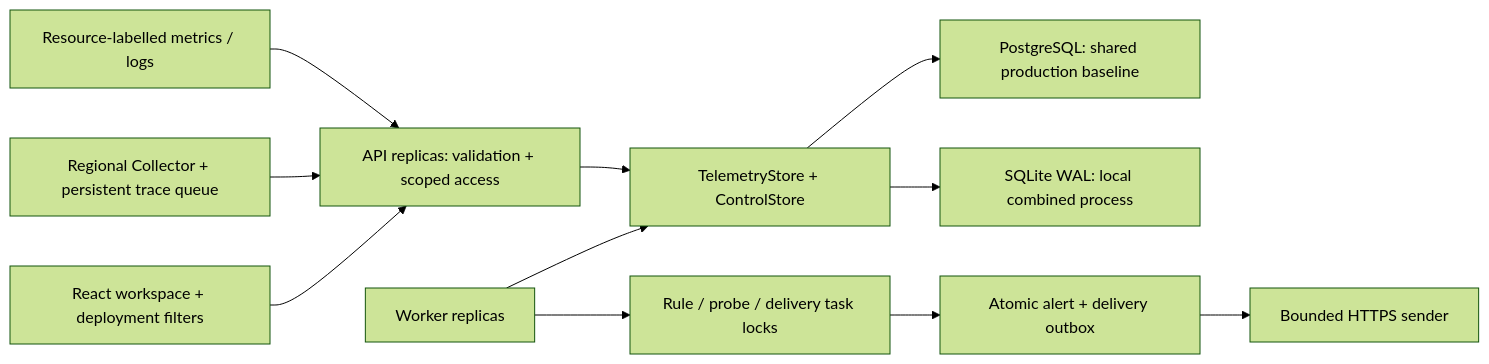
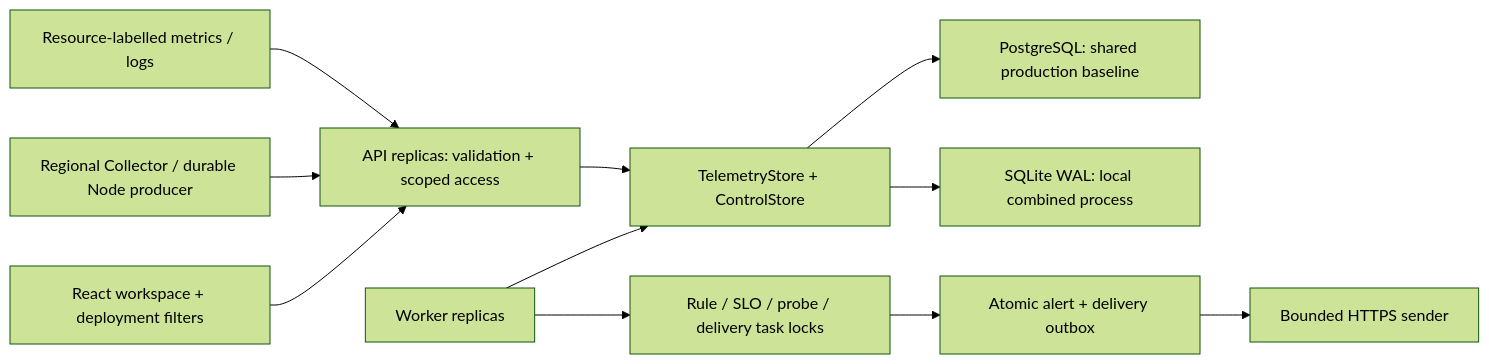
The diagram in docs/ARCHITECTURE.md (benny1020/signaldesk), drawn with Mermaid (forest theme) before and after one commit. The commit also changed other lines of this file and 64 other files, not shown here.

````diff
--- a/docs/ARCHITECTURE.md
+++ b/docs/ARCHITECTURE.md
@@ -3,13 +3,13 @@
 ```mermaid
 flowchart LR
   Producer[Resource-labelled metrics / logs] --> API[API replicas: validation + scoped access]
-  Collector[Regional Collector + persistent trace queue] --> API
+  Collector[Regional Collector / durable Node producer] --> API
   UI[React workspace + deployment filters] --> API
   API --> Storage[TelemetryStore + ControlStore]
   Workers[Worker replicas] --> Storage
   Storage --> PG[PostgreSQL: shared production baseline]
   Storage --> SQLite[SQLite WAL: local combined process]
-  Workers --> Tasks[Rule / probe / delivery task locks]
+  Workers --> Tasks[Rule / SLO / probe / delivery task locks]
   Tasks --> Outbox[Atomic alert + delivery outbox]
   Outbox --> HTTPS[Bounded HTTPS sender]
 ```
````
